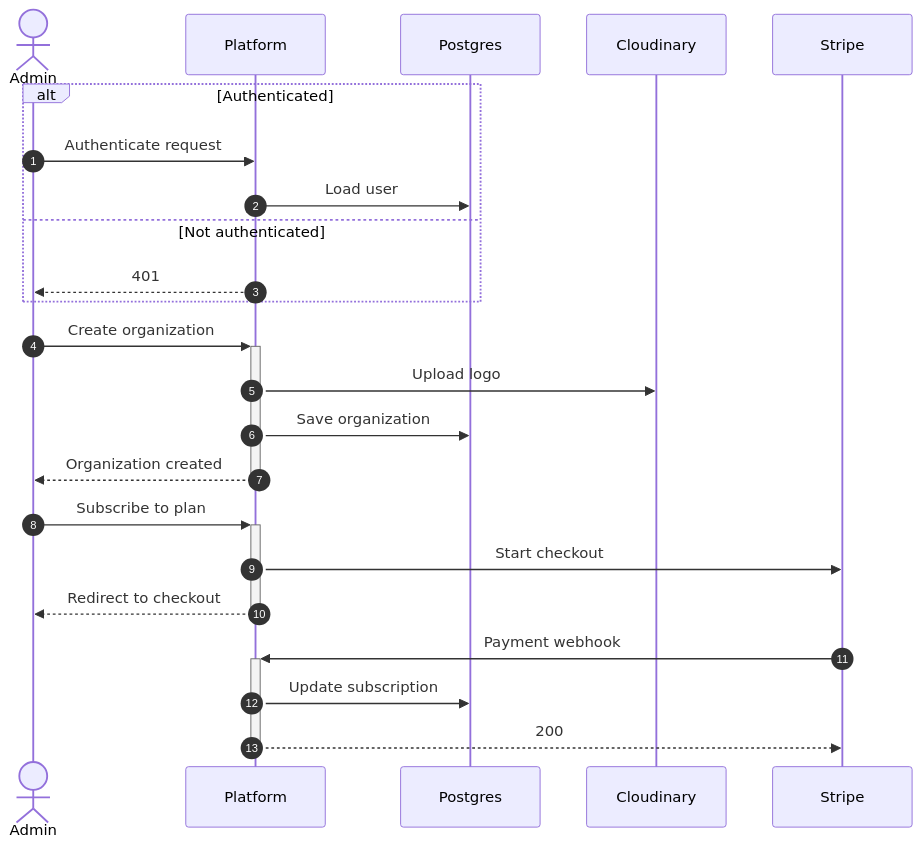
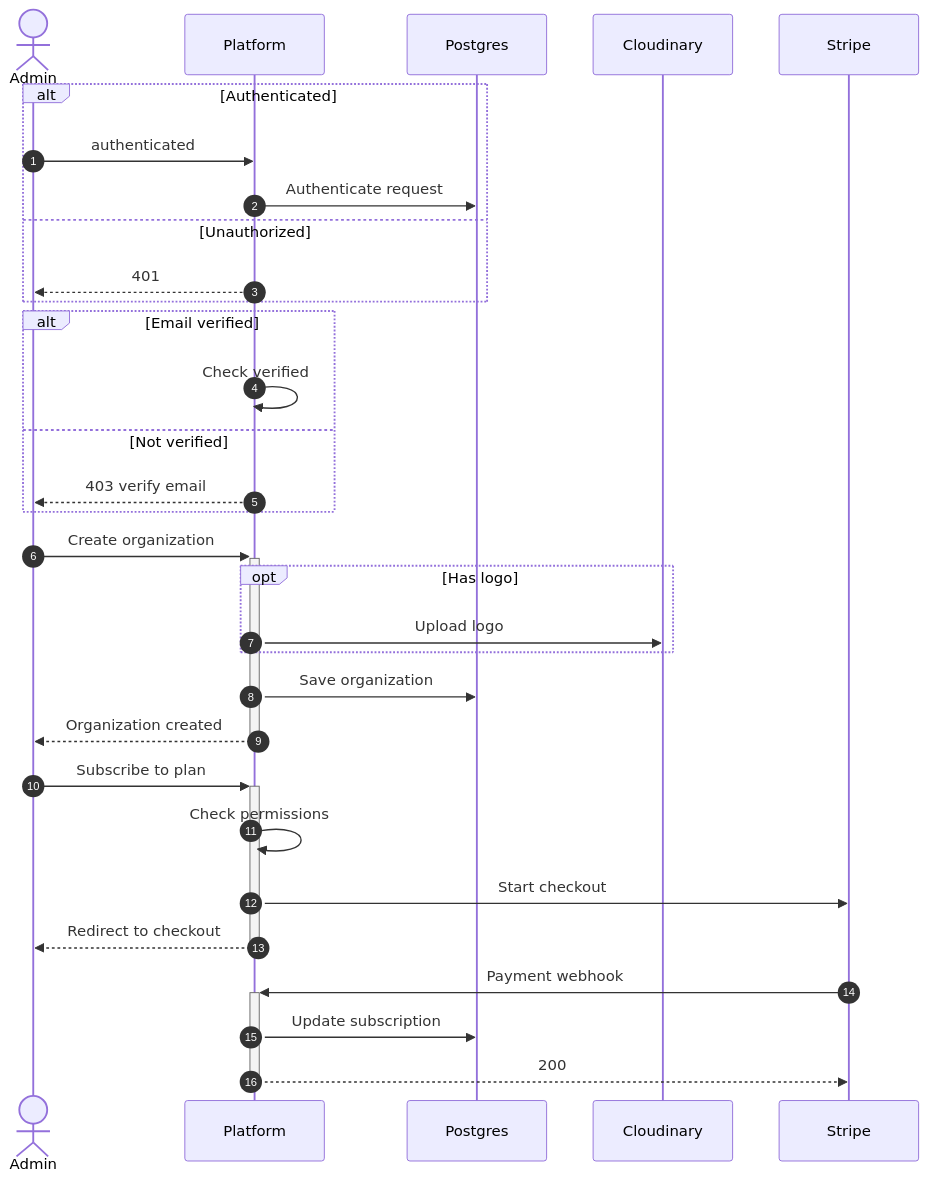
The fourth of 16 diagrams in docs/SEQUENCE_DIAGRAMS.md (MohamedChebbi123/teamnest), drawn with Mermaid before and after one commit. The commit also changed other lines of this file, not shown here.

````diff
--- a/docs/SEQUENCE_DIAGRAMS.md
+++ b/docs/SEQUENCE_DIAGRAMS.md
@@ -117,29 +139,38 @@
 ```mermaid
 sequenceDiagram
     autonumber
     actor Admin
     participant API as Platform
     participant DB as Postgres
     participant Cloud as Cloudinary
     participant Stripe
 
     alt Authenticated
-        Admin->>API: Authenticate request
-        API->>DB: Load user
-    else Not authenticated
+        Admin->>API: authenticated
+        API->>DB: Authenticate request
+    else Unauthorized
         API-->>Admin: 401
     end
 
+    alt Email verified
+        API->>API: Check verified
+    else Not verified
+        API-->>Admin: 403 verify email
+    end
+
     Admin->>+API: Create organization
-    API->>Cloud: Upload logo
+    opt Has logo
+        API->>Cloud: Upload logo
+    end
     API->>DB: Save organization
     API-->>-Admin: Organization created
 
     Admin->>+API: Subscribe to plan
+    API->>API: Check permissions
     API->>Stripe: Start checkout
     API-->>-Admin: Redirect to checkout
 
     Stripe->>+API: Payment webhook
     API->>DB: Update subscription
     API-->>-Stripe: 200
 ```
````
